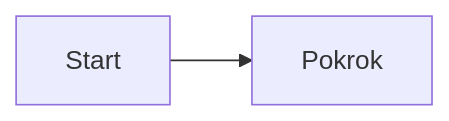
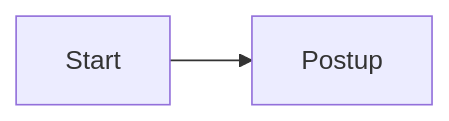
Before and after one commit to lucny/informator: the diagram in docs/_templates/chapter-template.md, drawn with Mermaid. The commit also changed other lines of this file and 23 other files, not shown here.

````diff
--- a/docs/_templates/chapter-template.md
+++ b/docs/_templates/chapter-template.md
@@ -31,4 +31,4 @@
 ```{mermaid}
 flowchart LR
-    A[Start] --> B[Pokrok]
+    A[Start] --> B[Postup]
 ```
````
